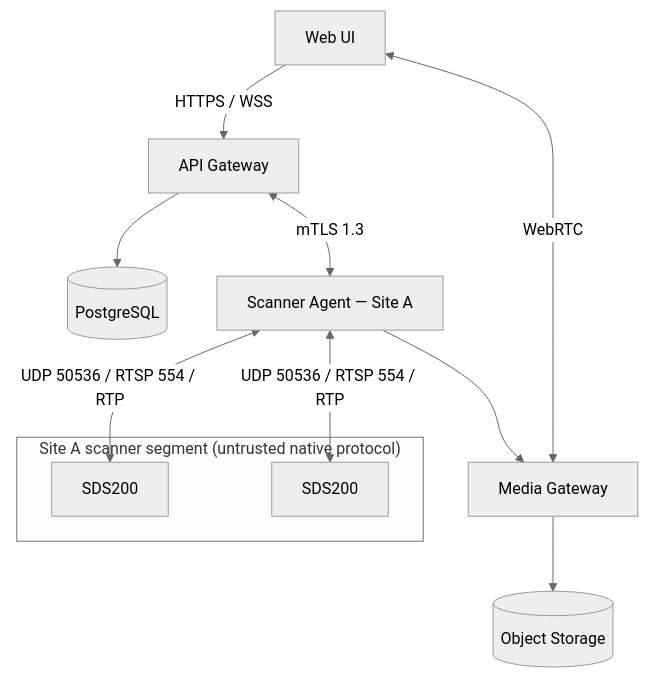
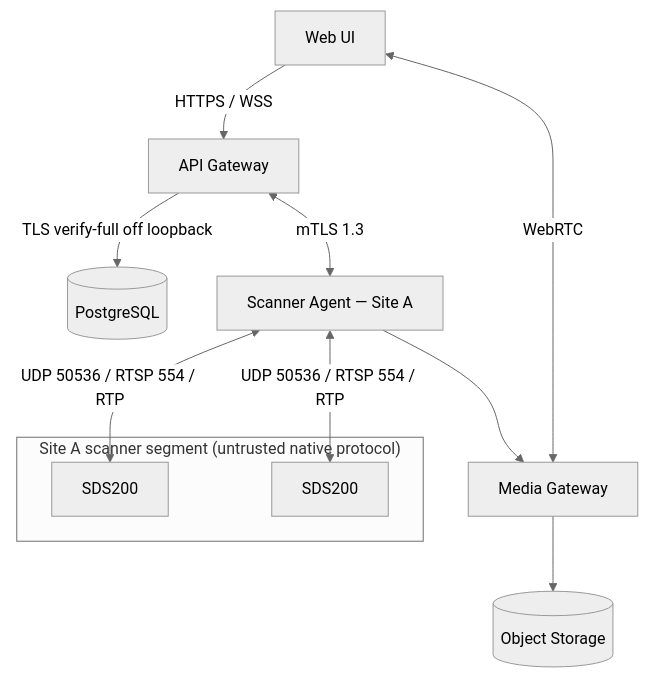
The second of 5 diagrams in docs/architecture.md (1456055067/radio-platform), drawn with Mermaid (neutral theme) before and after one commit. The commit also changed 30 other files, not shown here.

First line of the commit message:
PostgreSQL TLS: require verify-full off loopback (ADR 0012)

````diff
--- a/docs/architecture.md
+++ b/docs/architecture.md
@@ -44,15 +44,15 @@
 ```mermaid
 flowchart TD
     UI[Web UI] -->|HTTPS / WSS| API[API Gateway]
     UI <-->|WebRTC| MEDIA[Media Gateway]
-    API --> DB[(PostgreSQL)]
+    API -->|TLS verify-full off loopback| DB[(PostgreSQL)]
     API <-->|mTLS 1.3| A1[Scanner Agent — Site A]
     A1 --> MEDIA
     MEDIA --> S3[(Object Storage)]
     subgraph SiteA["Site A scanner segment (untrusted native protocol)"]
         S1[SDS200]
         S2[SDS200]
     end
     A1 <-->|UDP 50536 / RTSP 554 / RTP| S1
     A1 <-->|UDP 50536 / RTSP 554 / RTP| S2
 ```
````
